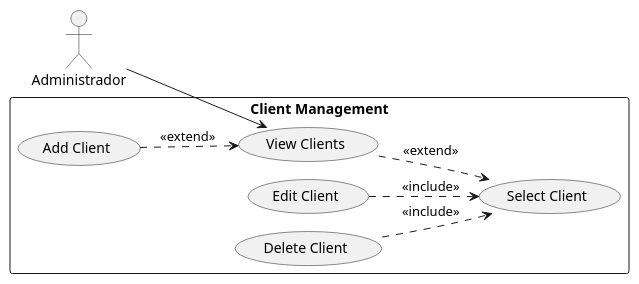
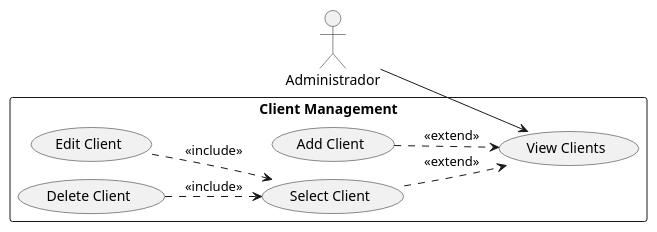
Before and after one commit to thevirag0/angular_repaso: the diagram in repaso_v_front/src/diagrams/clientManagement.puml, drawn with PlantUML. The commit also changed 8 other files, not shown here.

```diff
--- a/repaso_v_front/src/diagrams/clientManagement.puml
+++ b/repaso_v_front/src/diagrams/clientManagement.puml
@@ -1,23 +1,23 @@
 @startuml 
 
 !pragma layout smetana
 left to right direction
 actor "Administrador" as Admin
 
 rectangle "Client Management" {
     
     usecase "View Clients" as view
     usecase "Select Client" as select
     usecase "Add Client" as add
     usecase "Edit Client" as edit
     usecase "Delete Client" as delete
 
     Admin --> view 
-    view ..> select : <<extend>> 
+    select ..>  view : <<extend>> 
     edit ..> select : <<include>>
     add ..> view : <<extend>>
     delete ..> select : <<include>>
 
 }
 
 @enduml
```
